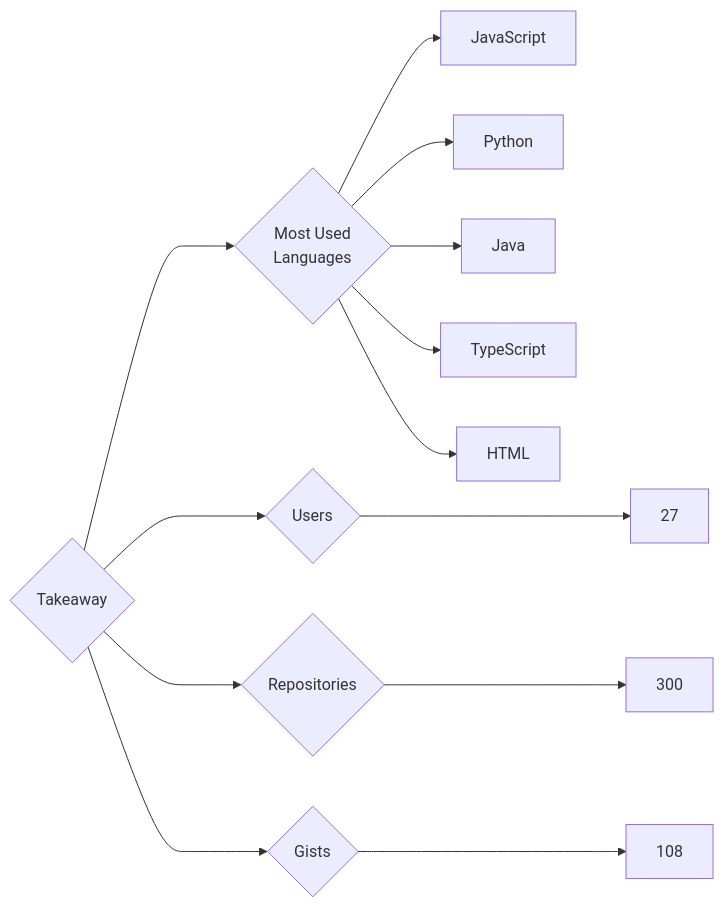
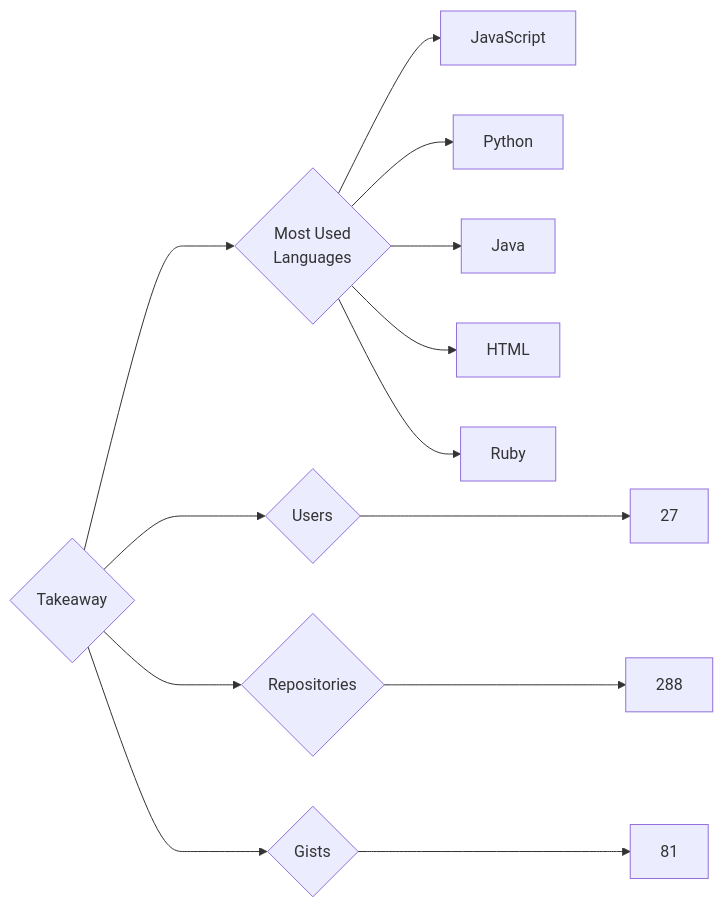
The diagram in targets/Takeaway/README.md (trickest/insiders), drawn with Mermaid before and after one commit. The commit also changed 839 other files, not shown here.

````diff
--- a/targets/Takeaway/README.md
+++ b/targets/Takeaway/README.md
@@ -3,13 +3,13 @@
 ```mermaid
 graph LR
 COMPANY_NAME{Takeaway}
 COMPANY_NAME ---> U{Users} ---> UN[27]
-COMPANY_NAME ---> R{Repositories} ---> RN[300]
-COMPANY_NAME ---> G{Gists} ---> GN[108]
+COMPANY_NAME ---> R{Repositories} ---> RN[288]
+COMPANY_NAME ---> G{Gists} ---> GN[81]
 COMPANY_NAME ---> ML{Most Used<br>Languages}
 ML --> JavaScript[JavaScript]
 ML --> Python[Python]
 ML --> Java[Java]
-ML --> TypeScript[TypeScript]
 ML --> HTML[HTML]
+ML --> Ruby[Ruby]
 ```
````
